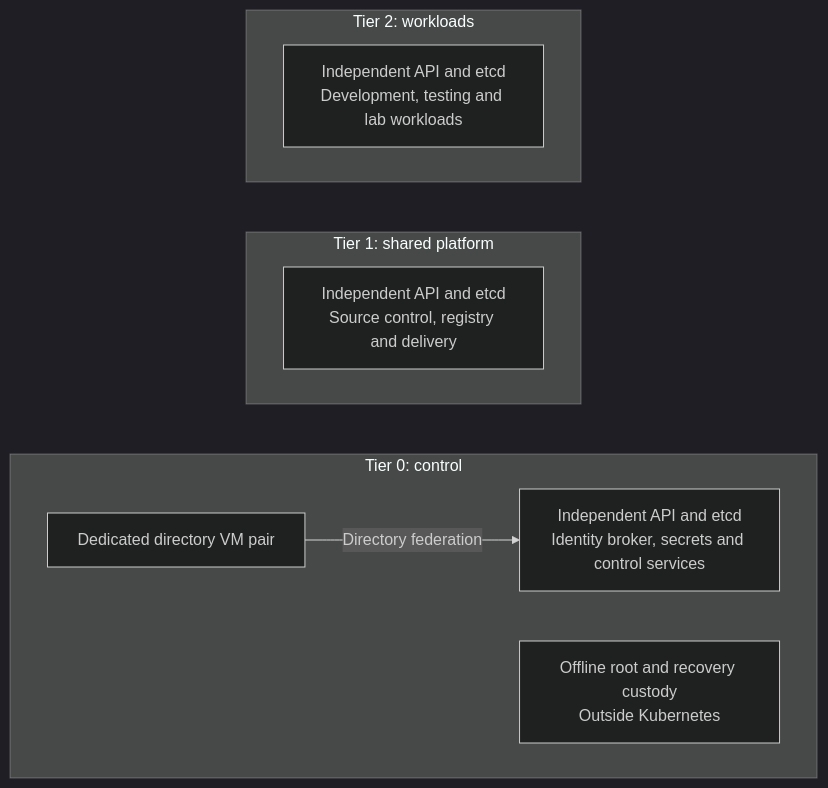
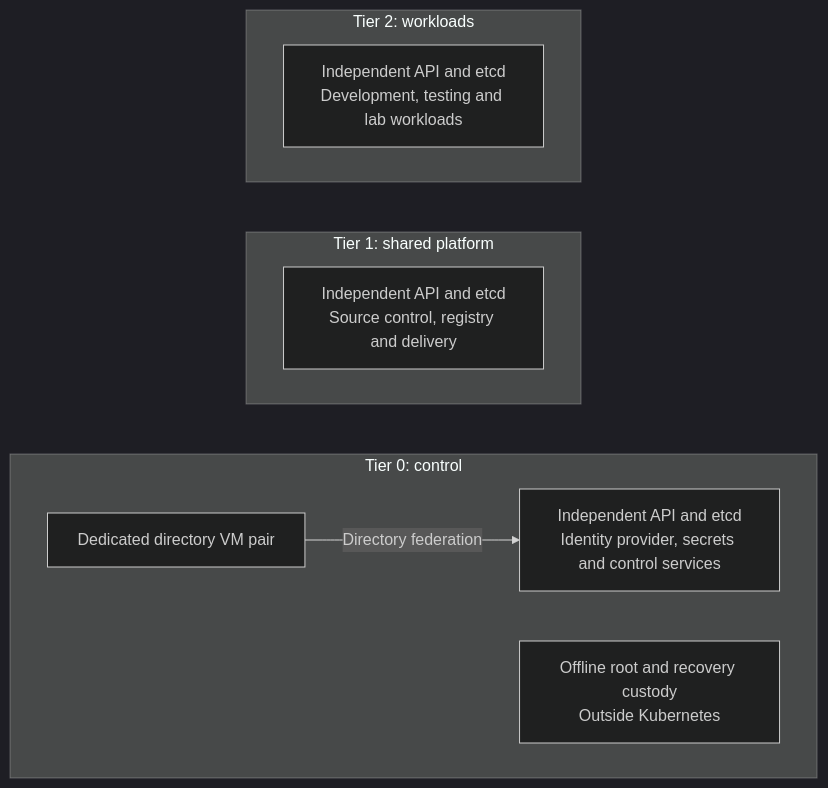
Before and after one commit to Rexus/homelab: the diagram in docs/architecture/compute/kubernetes.md, drawn with Mermaid (dark theme). The commit also changed 11 other files, not shown here.

Commit message:
docs(architecture): map capabilities by tier and layer

````diff
--- a/docs/architecture/compute/kubernetes.md
+++ b/docs/architecture/compute/kubernetes.md
@@ -17,16 +17,16 @@
 ```mermaid
 flowchart TB
   subgraph T2["Tier 2: workloads"]
     C2["Independent API and etcd<br/>Development, testing and lab workloads"]
   end
   subgraph T1["Tier 1: shared platform"]
     C1["Independent API and etcd<br/>Source control, registry and delivery"]
   end
   subgraph T0["Tier 0: control"]
-    C0["Independent API and etcd<br/>Identity broker, secrets and control services"]
+    C0["Independent API and etcd<br/>Identity provider, secrets and control services"]
     Directory["Dedicated directory VM pair"]
     Custody["Offline root and recovery custody<br/>Outside Kubernetes"]
   end
   T2 ~~~ T1 ~~~ T0
   Directory -->|Directory federation| C0
 ```
````
